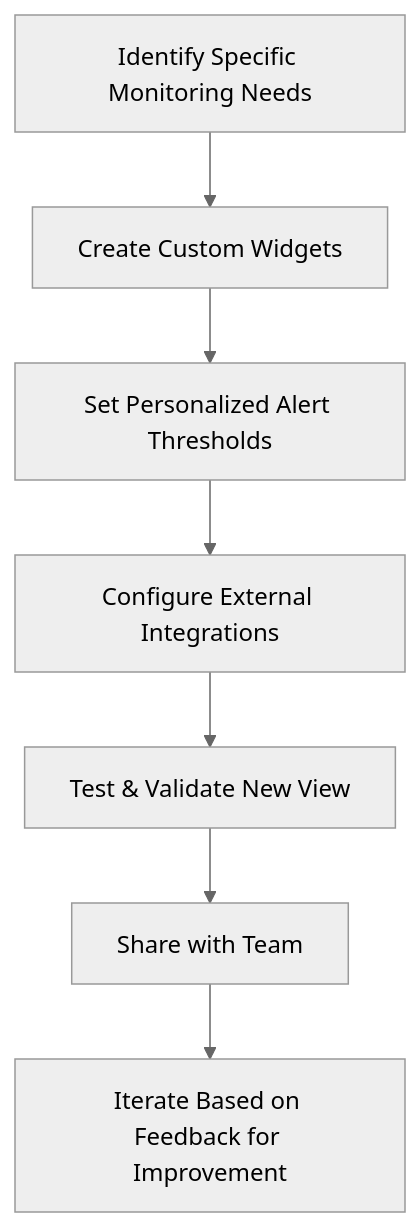
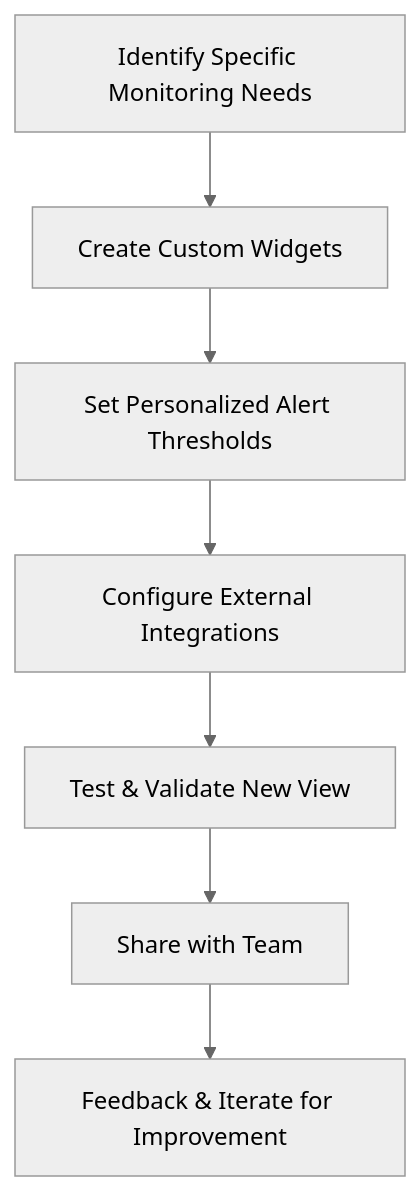
One commit to Shakour-Data/AutoProjectManagement changed diagram 11 of 13 in Docs/entire_project/Quick_Start_Guide/Quick_Start_Guide.md. Above: the diagram before and after it, drawn with Mermaid (neutral theme). The commit also changed other lines of this file, not shown here.

````diff
--- a/Docs/entire_project/Quick_Start_Guide/Quick_Start_Guide.md
+++ b/Docs/entire_project/Quick_Start_Guide/Quick_Start_Guide.md
@@ -2212,9 +670,9 @@
 ```mermaid
 graph TD
     A[Identify Specific Monitoring Needs] --> B[Create Custom Widgets]
     B --> C[Set Personalized Alert Thresholds]
     C --> D[Configure External Integrations]
     D --> E[Test & Validate New View]
     E --> F[Share with Team]
-    F --> G[Iterate Based on Feedback for Improvement]
+    F --> G[Feedback & Iterate for Improvement]
 ```
````
